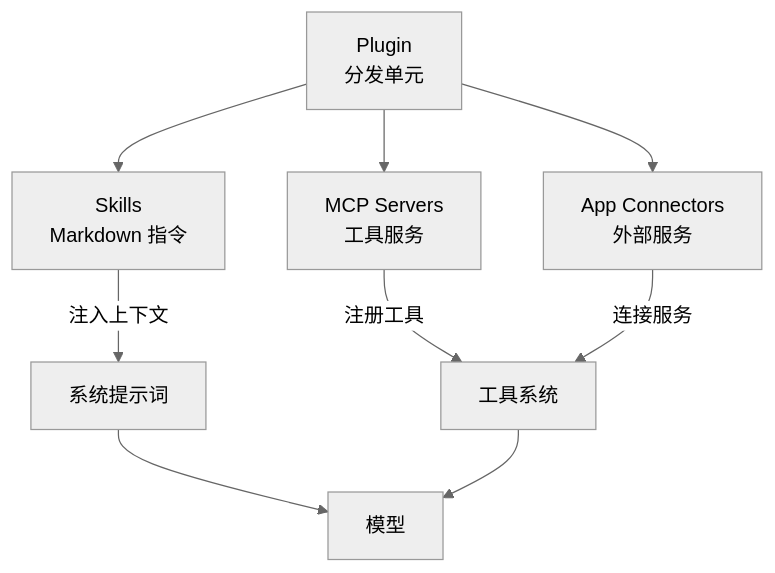
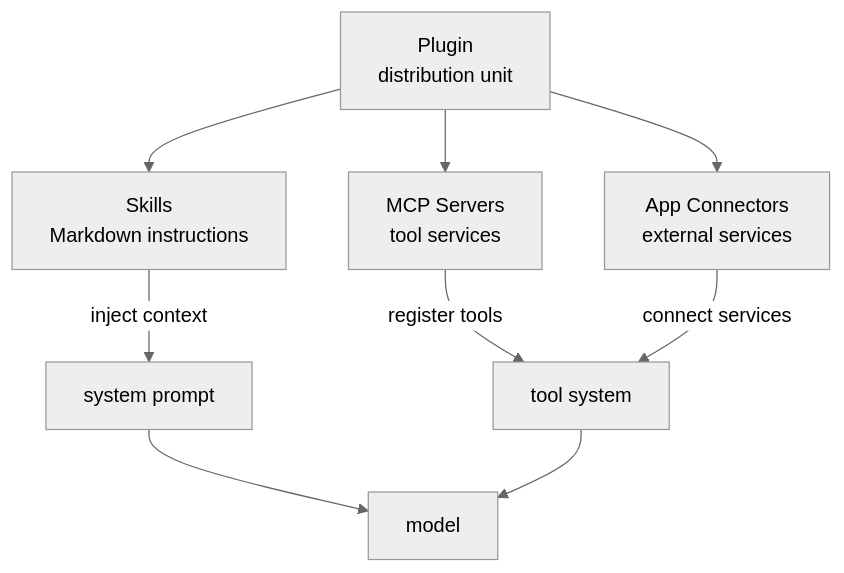
One commit to yibn2008/learn-codex changed the first of 2 diagrams in wiki/09-mcp-skills-plugins.md. Above: the diagram before and after it, drawn with Mermaid (neutral theme). The commit also changed other lines of this file and 32 other files, not shown here.

````diff
--- a/wiki/09-mcp-skills-plugins.md
+++ b/wiki/09-mcp-skills-plugins.md
@@ -17,18 +19,18 @@
 ```mermaid
 graph TD
-    PLUGIN[Plugin<br/>分发单元]
-    SKILL[Skills<br/>Markdown 指令]
-    MCP_SRV[MCP Servers<br/>工具服务]
-    APP[App Connectors<br/>外部服务]
+    PLUGIN[Plugin<br/>distribution unit]
+    SKILL[Skills<br/>Markdown instructions]
+    MCP_SRV[MCP Servers<br/>tool services]
+    APP[App Connectors<br/>external services]
 
     PLUGIN --> SKILL
     PLUGIN --> MCP_SRV
     PLUGIN --> APP
 
-    SKILL -->|注入上下文| PROMPT[系统提示词]
-    MCP_SRV -->|注册工具| TOOLS[工具系统]
-    APP -->|连接服务| TOOLS
+    SKILL -->|inject context| PROMPT[system prompt]
+    MCP_SRV -->|register tools| TOOLS[tool system]
+    APP -->|connect services| TOOLS
 
-    PROMPT --> MODEL[模型]
+    PROMPT --> MODEL[model]
     TOOLS --> MODEL
 ```
````
